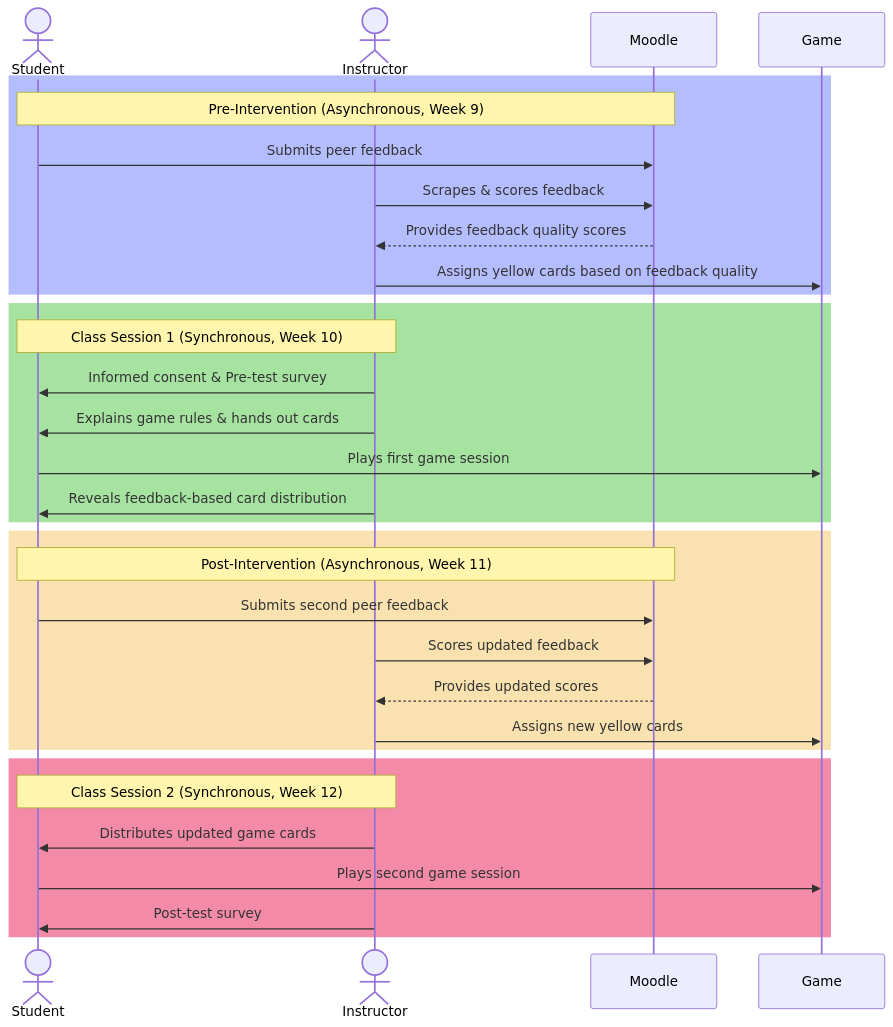
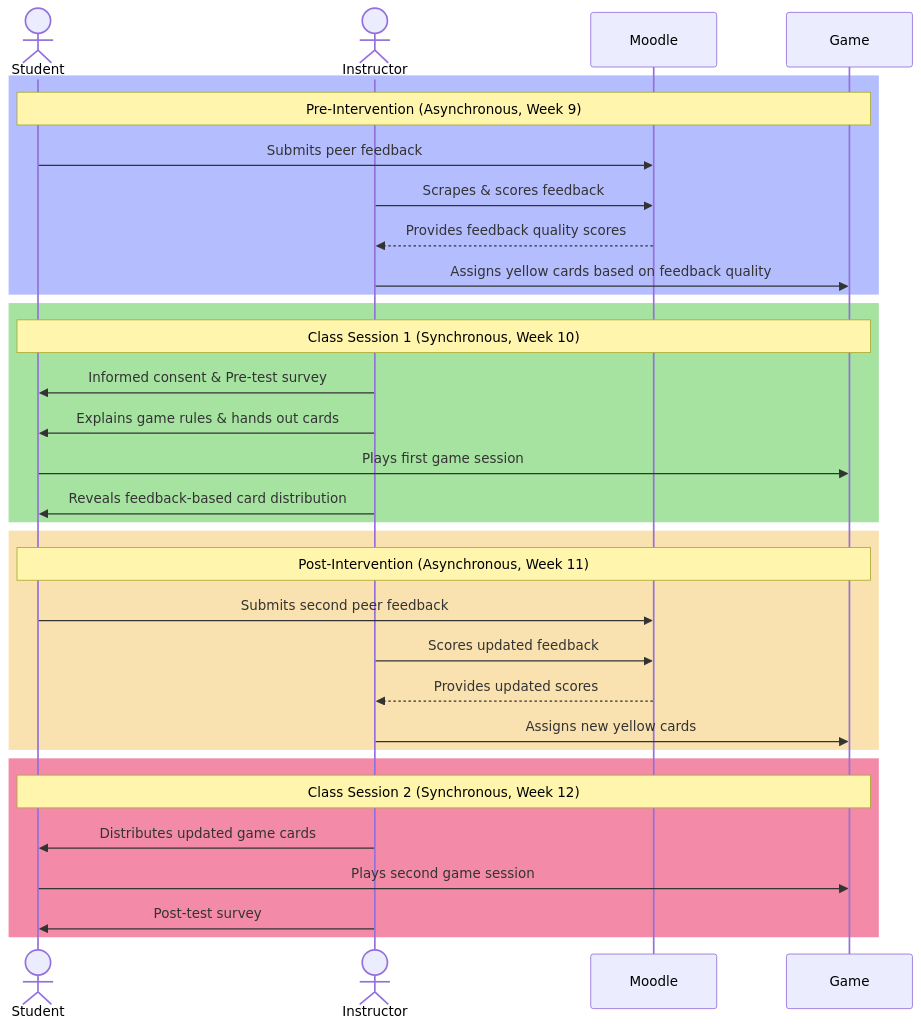
One commit to VikramSinghMTL/singh.gg changed the diagram in src/site/notes/50 Works/Research/Methodology.md. Above: the diagram before and after it, drawn with Mermaid. The commit also changed other lines of this file and 4 other files, not shown here.

````diff
--- a/src/site/notes/50 Works/Research/Methodology.md
+++ b/src/site/notes/50 Works/Research/Methodology.md
@@ -16,39 +17,39 @@
 ```mermaid
 sequenceDiagram
     %% Define Actors
     actor Student
     actor Instructor
     participant Moodle
     participant Game
 
     rect rgb(180, 190, 254) # Light blue for Pre-Intervention (Async)
-    Note over Student, Moodle: Pre-Intervention (Asynchronous, Week 9)
+    Note over Student, Game: Pre-Intervention (Asynchronous, Week 9)
     Student->>Moodle: Submits peer feedback
     Instructor->>Moodle: Scrapes & scores feedback
     Moodle-->>Instructor: Provides feedback quality scores
     Instructor->>Game: Assigns yellow cards based on feedback quality
     end
 
     rect rgb(166, 227, 161) # Light green for Class Session 1 (Sync)
-    Note over Student, Instructor: Class Session 1 (Synchronous, Week 10)
+    Note over Student, Game: Class Session 1 (Synchronous, Week 10)
     Instructor->>Student: Informed consent & Pre-test survey
     Instructor->>Student: Explains game rules & hands out cards
     Student->>Game: Plays first game session
     Instructor->>Student: Reveals feedback-based card distribution
     end
 
     rect rgb(249, 226, 175) # Light yellow for Post-Intervention (Async)
-    Note over Student, Moodle: Post-Intervention (Asynchronous, Week 11)
+    Note over Student, Game: Post-Intervention (Asynchronous, Week 11)
     Student->>Moodle: Submits second peer feedback
     Instructor->>Moodle: Scores updated feedback
     Moodle-->>Instructor: Provides updated scores
     Instructor->>Game: Assigns new yellow cards
     end
 
     rect rgb(243, 139, 168) # Light red for Class Session 2 (Sync)
-    Note over Student, Instructor: Class Session 2 (Synchronous, Week 12)
+    Note over Student, Game: Class Session 2 (Synchronous, Week 12)
     Instructor->>Student: Distributes updated game cards
     Student->>Game: Plays second game session
     Instructor->>Student: Post-test survey
     end
 ```
````
